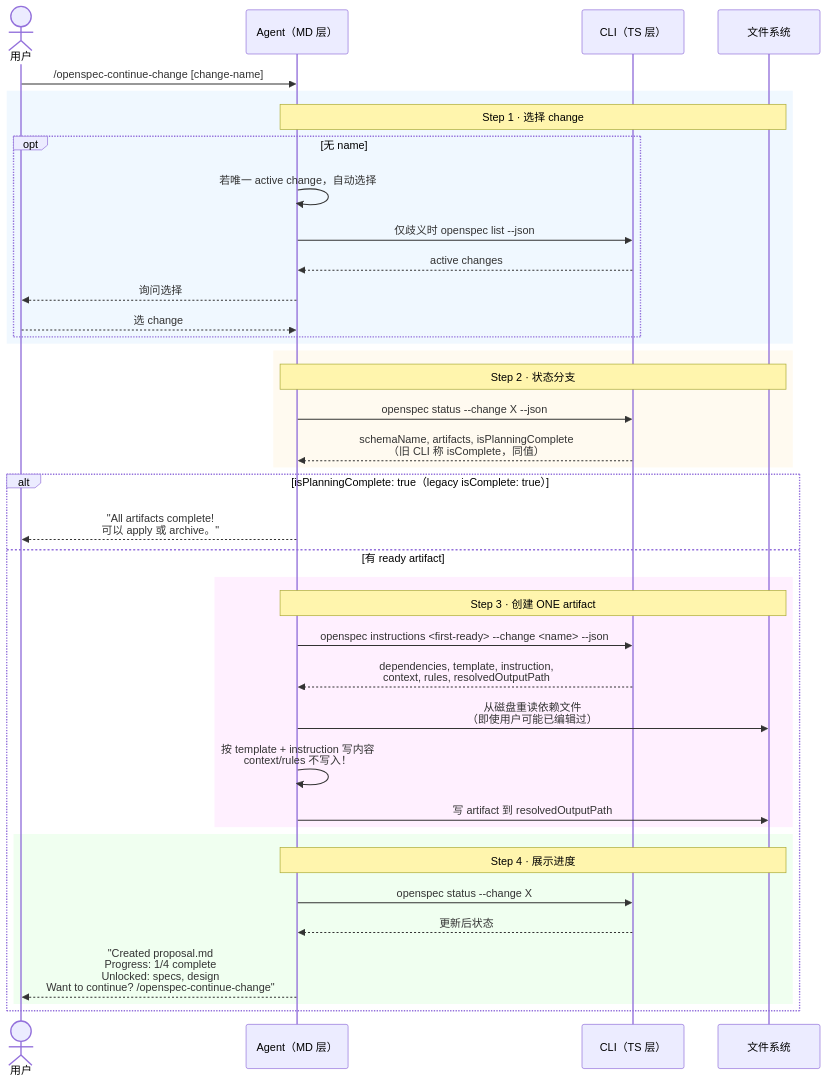
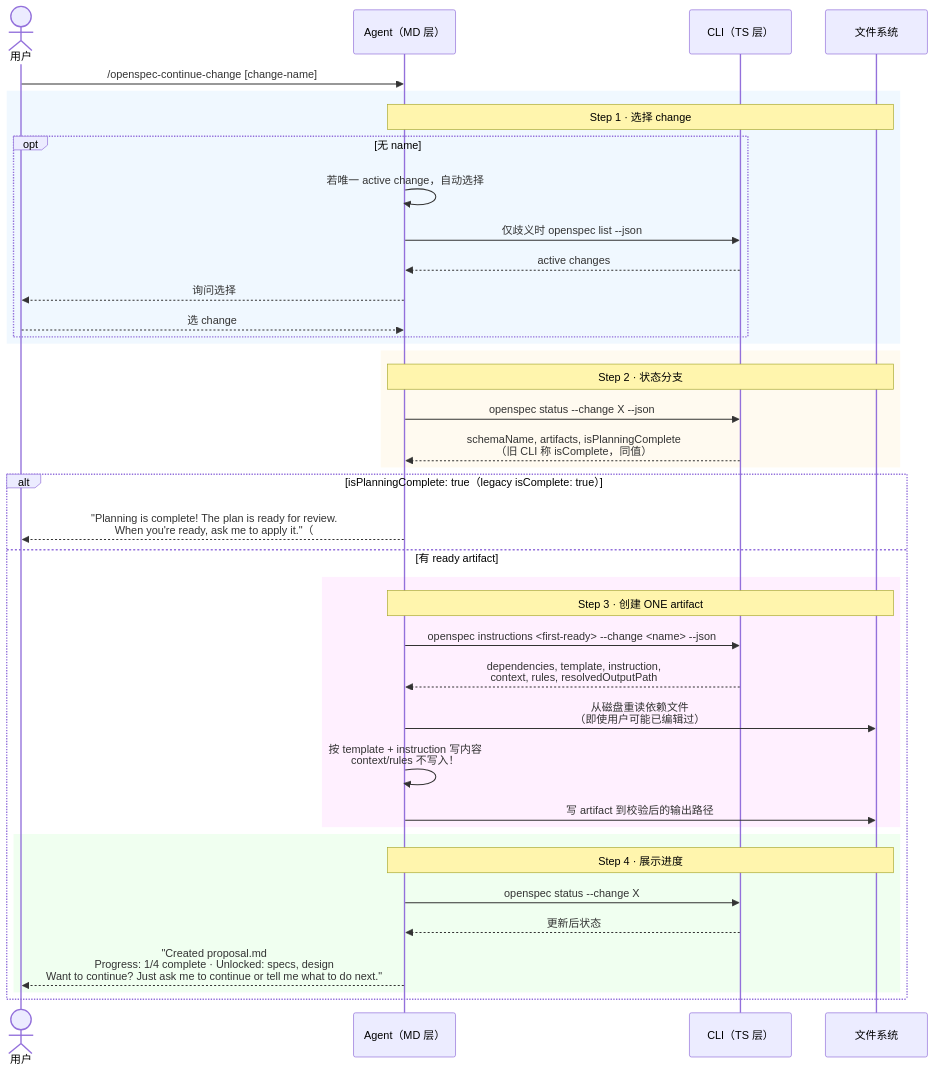
One commit to ethan-jiang-3/OpenSpec changed the diagram in _digested/workflows/04-continue.md. Above: the diagram before and after it, drawn with Mermaid. The commit also changed other lines of this file and 190 other files, not shown here.

````diff
--- a/_digested/workflows/04-continue.md
+++ b/_digested/workflows/04-continue.md
@@ -60,46 +61,46 @@
 ```mermaid
 sequenceDiagram
     actor User as 用户
     participant MD as Agent（MD 层）
     participant TS as CLI（TS 层）
     participant FS as 文件系统
 
     User->>MD: /openspec-continue-change [change-name]
 
     rect rgb(240, 248, 255)
         Note over MD,FS: Step 1 · 选择 change
         opt 无 name
             MD->>MD: 若唯一 active change，自动选择
             MD->>TS: 仅歧义时 openspec list --json
             TS-->>MD: active changes
             MD-->>User: 询问选择
             User-->>MD: 选 change
         end
     end
 
     rect rgb(255, 250, 240)
         Note over MD,FS: Step 2 · 状态分支
         MD->>TS: openspec status --change X --json
         TS-->>MD: schemaName, artifacts, isPlanningComplete<br/>（旧 CLI 称 isComplete，同值）
     end
 
     alt isPlanningComplete: true（legacy isComplete: true）
-        MD-->>User: "All artifacts complete!<br/>可以 apply 或 archive。"
+        MD-->>User: "Planning is complete! The plan is ready for review.<br/>When you're ready, ask me to apply it."（#2274 仅提示 apply，不提 archive）
     else 有 ready artifact
         rect rgb(255, 240, 255)
             Note over MD,FS: Step 3 · 创建 ONE artifact
             MD->>TS: openspec instructions <first-ready> --change <name> --json
             TS-->>MD: dependencies, template, instruction,<br/>context, rules, resolvedOutputPath
             MD->>FS: 从磁盘重读依赖文件<br/>（即使用户可能已编辑过）
             MD->>MD: 按 template + instruction 写内容<br/>context/rules 不写入！
-            MD->>FS: 写 artifact 到 resolvedOutputPath
+            MD->>FS: 写 artifact 到校验后的输出路径
         end
 
         rect rgb(240, 255, 240)
             Note over MD,FS: Step 4 · 展示进度
             MD->>TS: openspec status --change X
             TS-->>MD: 更新后状态
-            MD-->>User: "Created proposal.md<br/>Progress: 1/4 complete<br/>Unlocked: specs, design<br/>Want to continue? /openspec-continue-change"
+            MD-->>User: "Created proposal.md<br/>Progress: 1/4 complete · Unlocked: specs, design<br/>Want to continue? Just ask me to continue or tell me what to do next."
         end
     end
 ```
````
